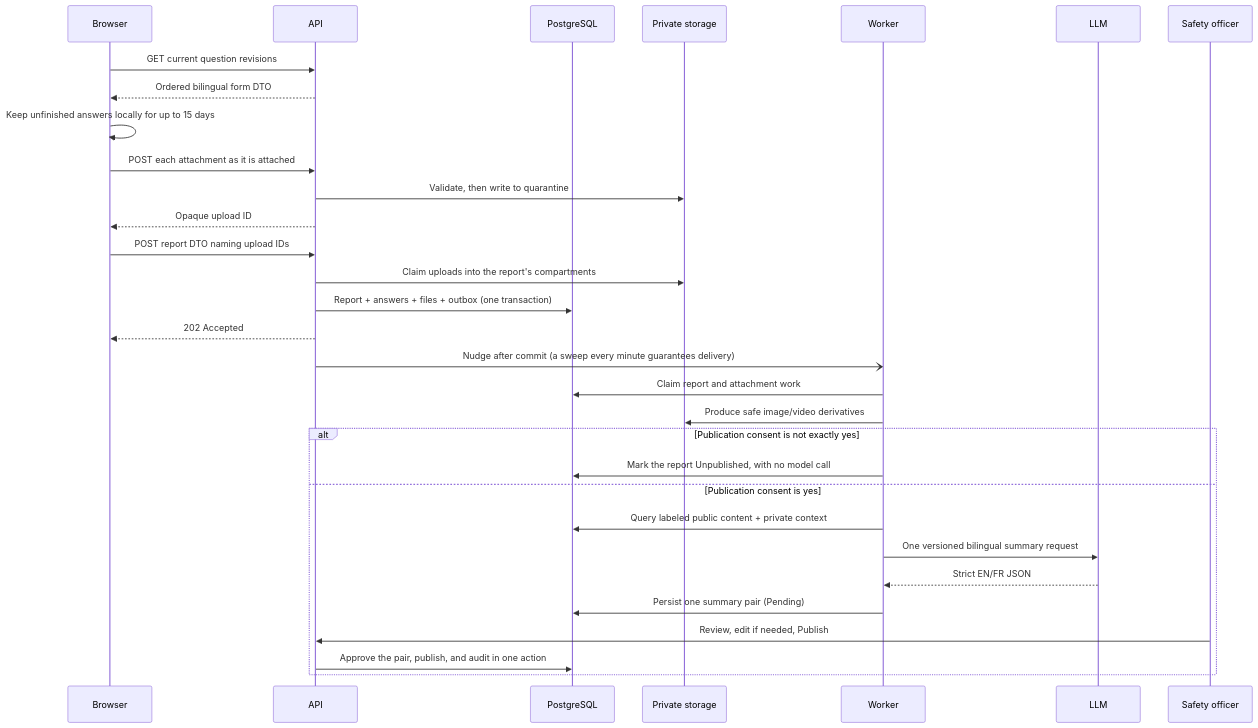
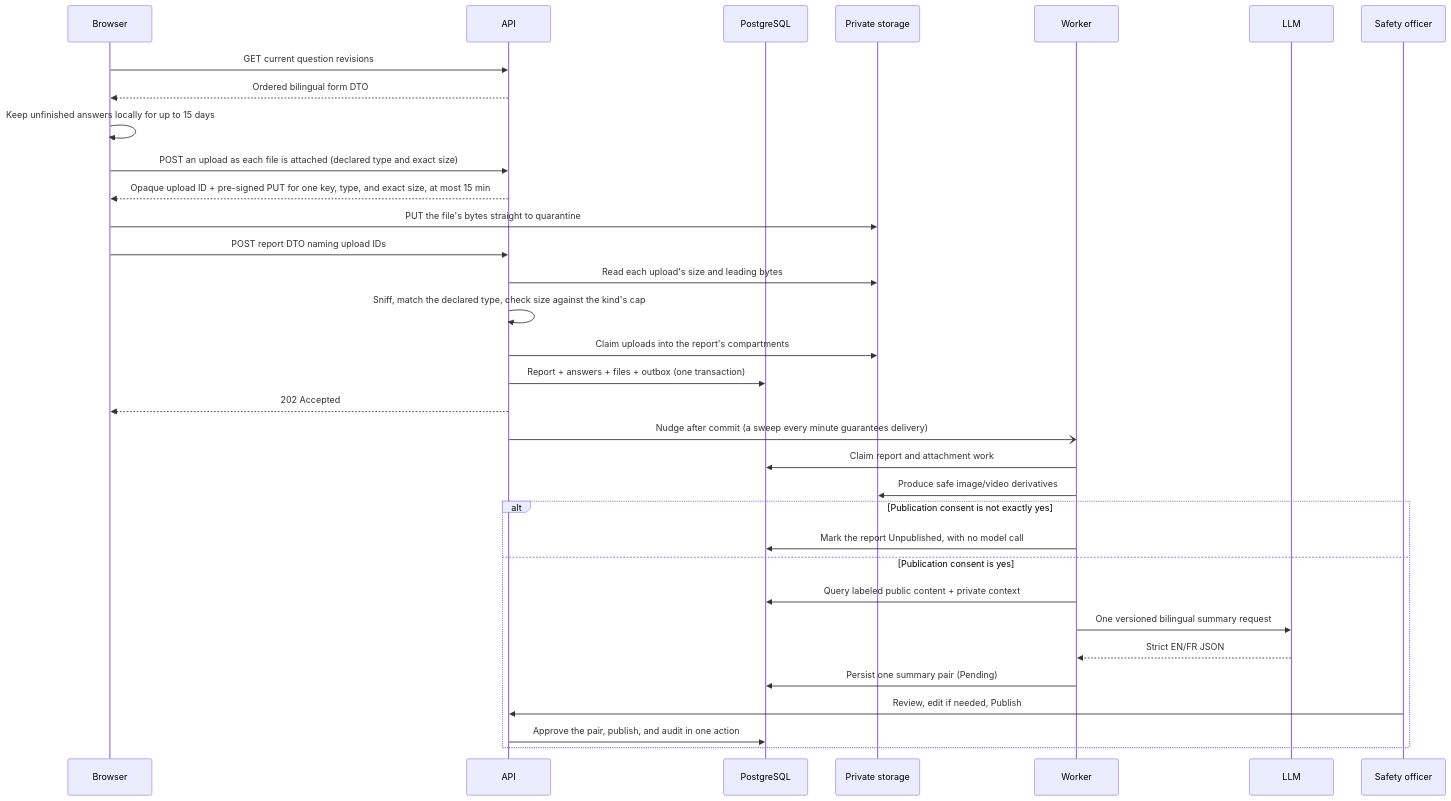
One commit to HPAC-Safety/safety-report changed the second of 2 diagrams in docs/system-overview.md. Above: the diagram before and after it, drawn with Mermaid. The commit also changed other lines of this file and 2 other files, not shown here.

First paragraph of the commit message:
Show attachments going straight to storage by pre-signed PUT in the system overview (#543)
## What changed

````diff
--- a/docs/system-overview.md
+++ b/docs/system-overview.md
@@ -103,34 +104,36 @@
 ```mermaid
 sequenceDiagram
     participant B as Browser
     participant A as API
     participant D as PostgreSQL
     participant S as Private storage
     participant W as Worker
     participant M as LLM
     participant H as Safety officer
 
     B->>A: GET current question revisions
     A-->>B: Ordered bilingual form DTO
     B->>B: Keep unfinished answers locally for up to 15 days
-    B->>A: POST each attachment as it is attached
-    A->>S: Validate, then write to quarantine
-    A-->>B: Opaque upload ID
+    B->>A: POST an upload as each file is attached (declared type and exact size)
+    A-->>B: Opaque upload ID + pre-signed PUT for one key, type, and exact size, at most 15 min
+    B->>S: PUT the file's bytes straight to quarantine
     B->>A: POST report DTO naming upload IDs
+    A->>S: Read each upload's size and leading bytes
+    A->>A: Sniff, match the declared type, check size against the kind's cap
     A->>S: Claim uploads into the report's compartments
     A->>D: Report + answers + files + outbox (one transaction)
     A-->>B: 202 Accepted
     A-)W: Nudge after commit (a sweep every minute guarantees delivery)
     W->>D: Claim report and attachment work
     W->>S: Produce safe image/video derivatives
     alt Publication consent is not exactly yes
         W->>D: Mark the report Unpublished, with no model call
     else Publication consent is yes
         W->>D: Query labeled public content + private context
         W->>M: One versioned bilingual summary request
         M-->>W: Strict EN/FR JSON
         W->>D: Persist one summary pair (Pending)
         H->>A: Review, edit if needed, Publish
         A->>D: Approve the pair, publish, and audit in one action
     end
 ```
````
